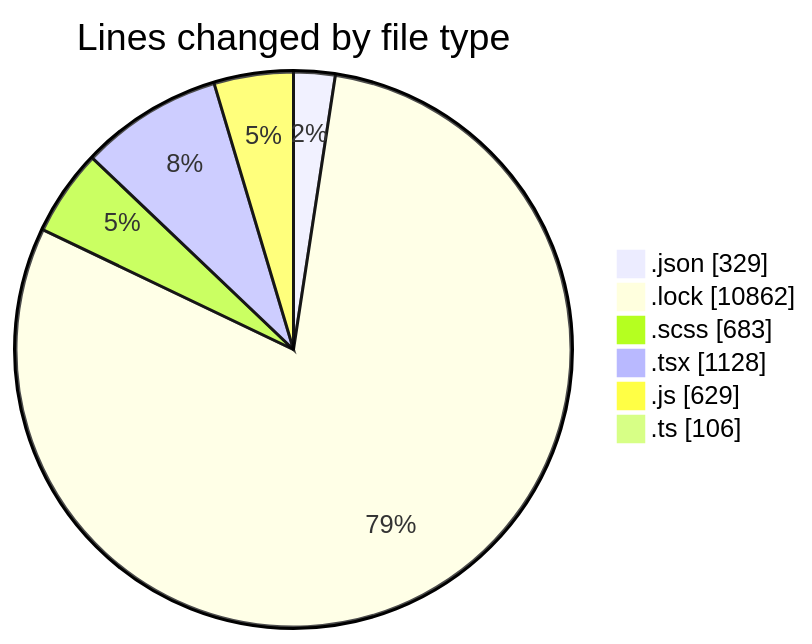
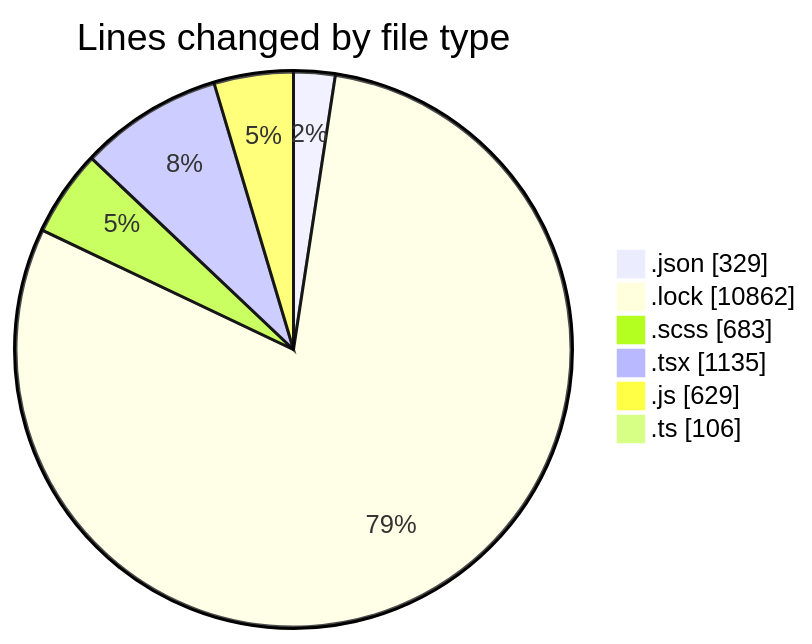
The first of 2 diagrams in 2026-05-18/cda/README.md (momahboobian/code-tracking), drawn with Mermaid before and after one commit. The commit also changed other lines of this file and 1 other file, not shown here.

````diff
--- a/2026-05-18/cda/README.md
+++ b/2026-05-18/cda/README.md
@@ -40,10 +40,10 @@
 ```mermaid
 pie showData
 title Lines changed by file type
 ".json" : 329
 ".lock" : 10862
 ".scss" : 683
-".tsx" : 1128
+".tsx" : 1135
 ".js" : 629
 ".ts" : 106
 ```
````
